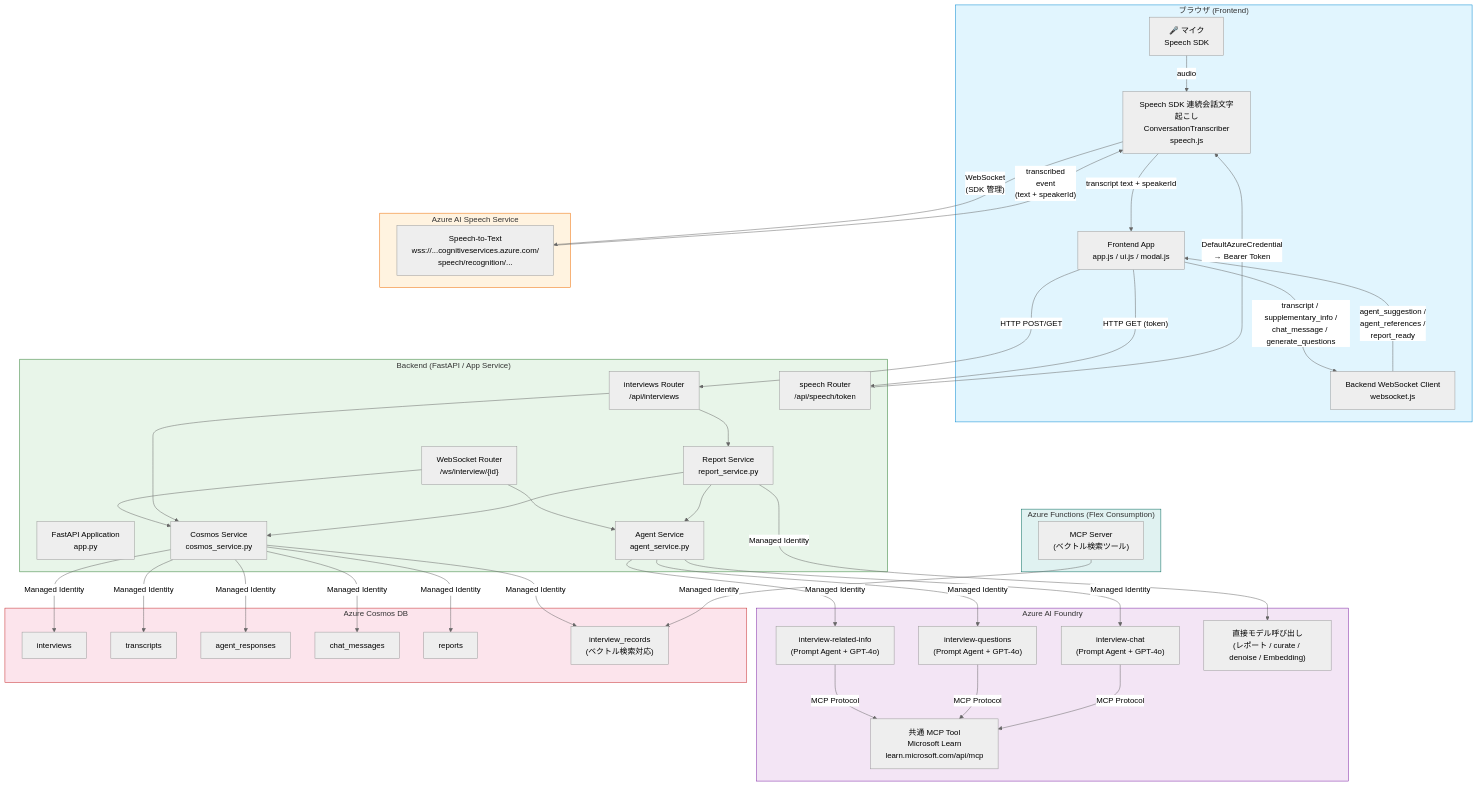
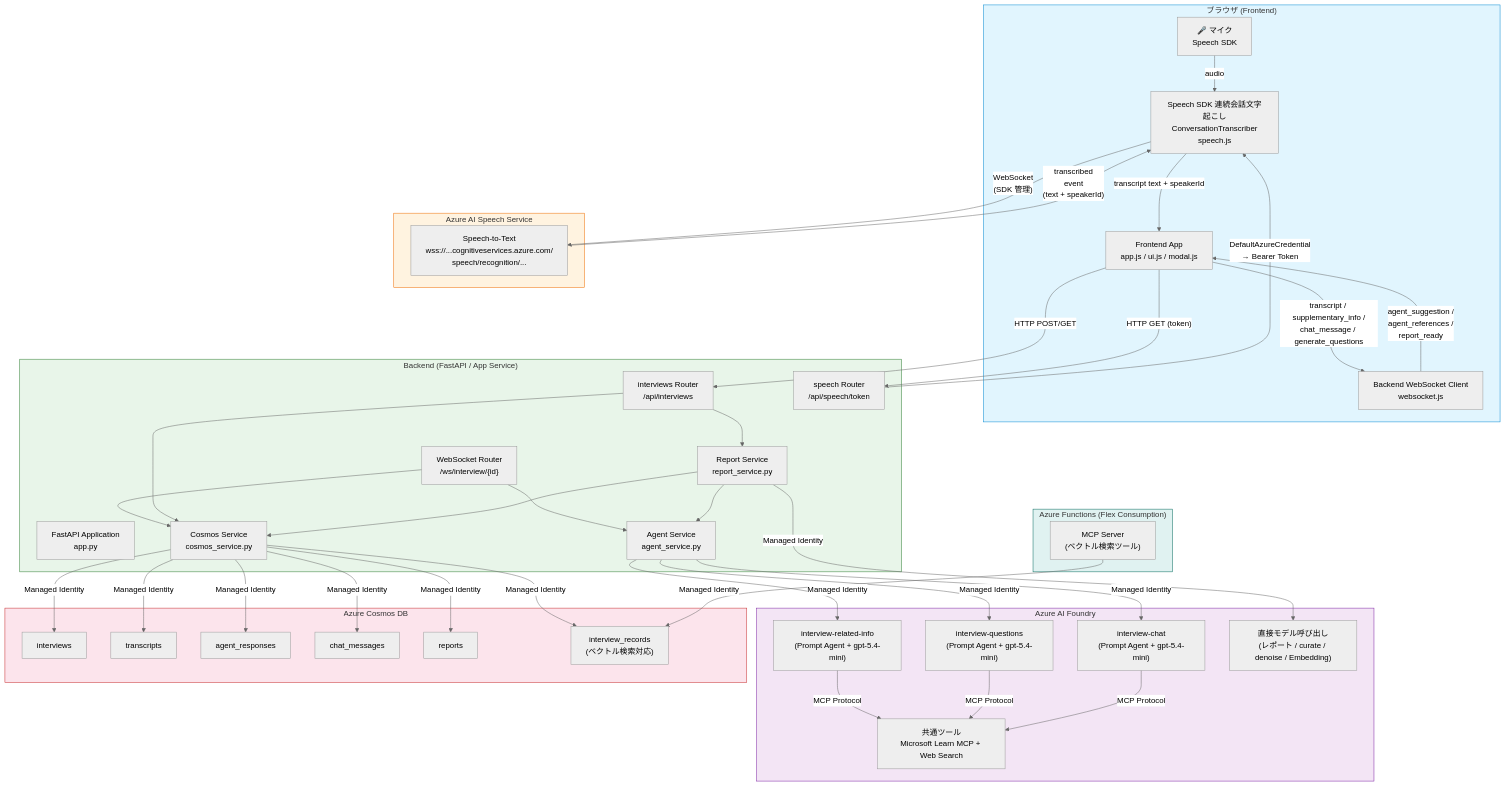
Before and after one commit to hatasaki/Interview-Assistant-AI: the first of 22 diagrams in spec/architecture.md, drawn with Mermaid (neutral theme). The commit also changed other lines of this file and 8 other files, not shown here.

First line of the commit message:
Update models and configurations to use gpt-5.4-mini; enhance agent service with Web Search tool integration

```diff
--- a/spec/architecture.md
+++ b/spec/architecture.md
@@ -30,11 +30,11 @@
     end
 
     subgraph Azure_AI["Azure AI Foundry"]
-        AGENT_RI["interview-related-info<br/>(Prompt Agent + GPT-4o)"]
-        AGENT_Q["interview-questions<br/>(Prompt Agent + GPT-4o)"]
-        AGENT_C["interview-chat<br/>(Prompt Agent + GPT-4o)"]
+        AGENT_RI["interview-related-info<br/>(Prompt Agent + gpt-5.4-mini)"]
+        AGENT_Q["interview-questions<br/>(Prompt Agent + gpt-5.4-mini)"]
+        AGENT_C["interview-chat<br/>(Prompt Agent + gpt-5.4-mini)"]
         DIRECT["直接モデル呼び出し<br/>(レポート / curate / denoise / Embedding)"]
-        MCP["共通 MCP Tool<br/>Microsoft Learn<br/>learn.microsoft.com/api/mcp"]
+        MCP["共通ツール<br/>Microsoft Learn MCP + Web Search"]
     end
 
     subgraph Azure_Cosmos["Azure Cosmos DB"]
```
